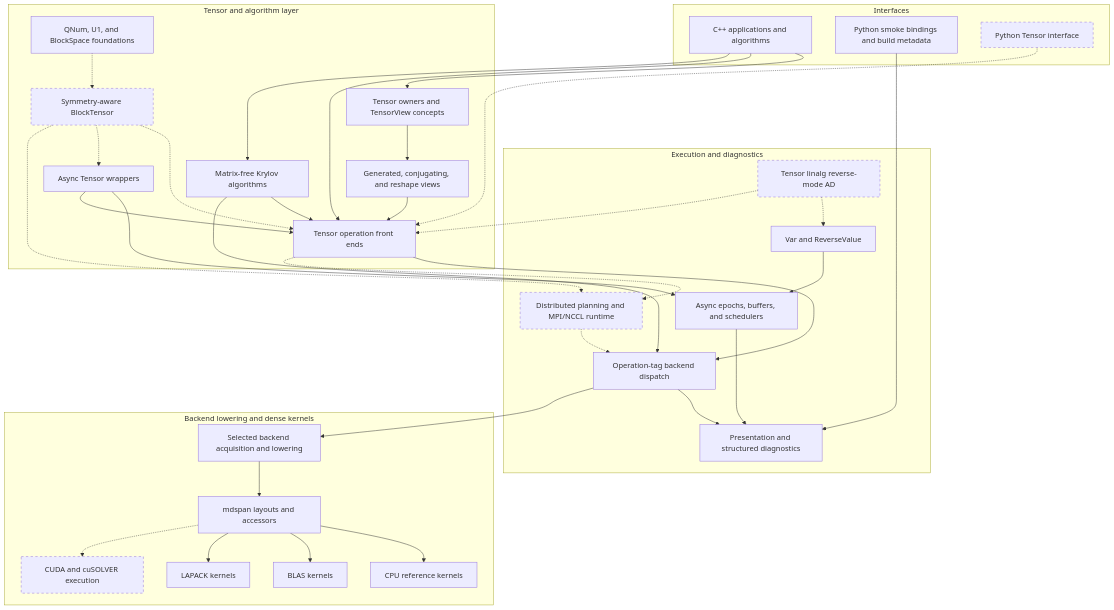
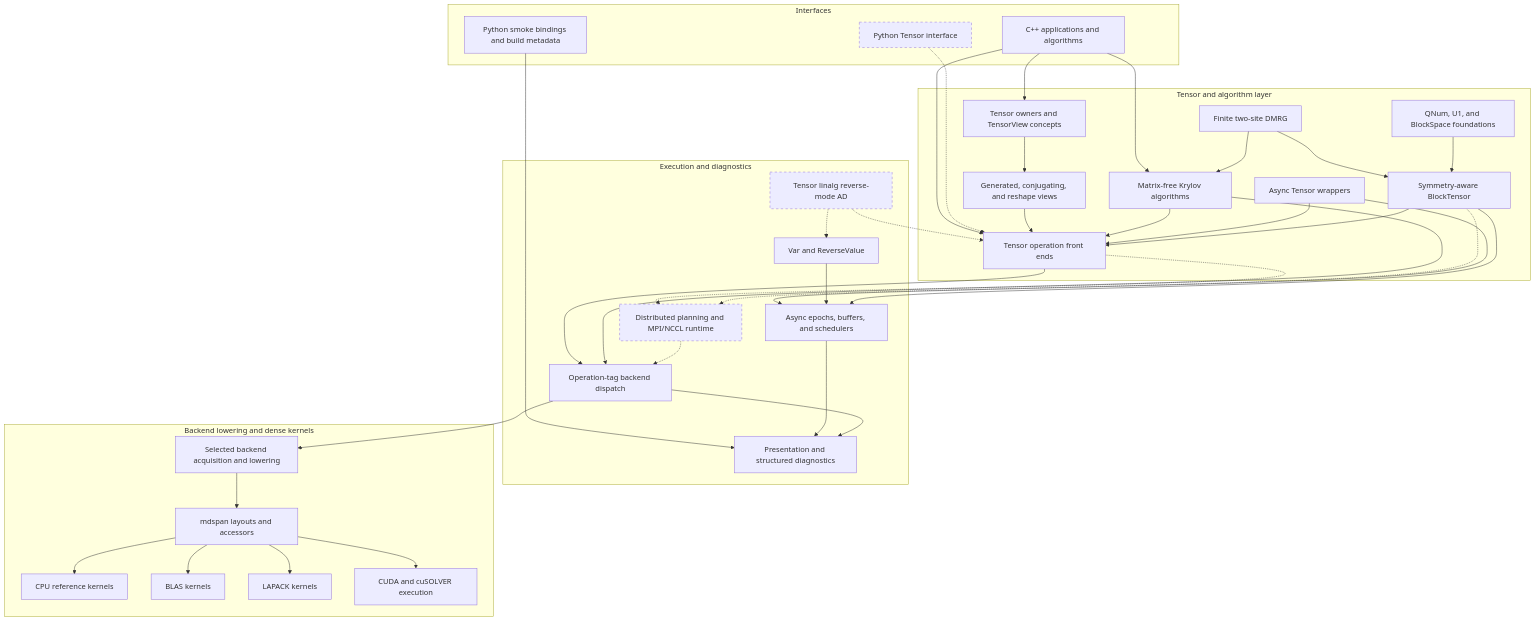
Before and after one commit to ianmccul/uni20: the diagram in docs/architecture/overview.md, drawn with Mermaid. The commit also changed other lines of this file and 5 other files, not shown here.

````diff
--- a/docs/architecture/overview.md
+++ b/docs/architecture/overview.md
@@ -9,76 +9,77 @@
 ```mermaid
 graph TD
     subgraph Interfaces
         Cpp[C++ applications and algorithms]
         PySmoke[Python smoke bindings and build metadata]
         PyTensor[Python Tensor interface]
     end
 
     subgraph TensorLayer[Tensor and algorithm layer]
         Tensor[Tensor owners and TensorView concepts]
         Views[Generated, conjugating, and reshape views]
         TensorOps[Tensor operation front ends]
         AsyncOps[Async Tensor wrappers]
         Krylov[Matrix-free Krylov algorithms]
         Symmetry[QNum, U1, and BlockSpace foundations]
         BlockTensor[Symmetry-aware BlockTensor]
+        Dmrg[Finite two-site DMRG]
     end
 
     subgraph Execution[Execution and diagnostics]
         Dispatch[Operation-tag backend dispatch]
         Async[Async epochs, buffers, and schedulers]
         AD[Var and ReverseValue]
         TensorAD[Tensor linalg reverse-mode AD]
         Distributed[Distributed planning and MPI/NCCL runtime]
         Presentation[Presentation and structured diagnostics]
     end
 
     subgraph Leaf[Backend lowering and dense kernels]
         Lower[Selected backend acquisition and lowering]
         Mdspan[mdspan layouts and accessors]
         Cpu[CPU reference kernels]
         Blas[BLAS kernels]
         Lapack[LAPACK kernels]
         Cuda[CUDA and cuSOLVER execution]
     end
 
     Cpp --> Tensor
     Cpp --> TensorOps
     Cpp --> Krylov
     PySmoke --> Presentation
     PyTensor -.-> TensorOps
 
     Tensor --> Views
     Views --> TensorOps
     TensorOps --> Dispatch
     TensorOps -.-> Distributed
     Krylov --> TensorOps
     Krylov --> Dispatch
+    Dmrg --> BlockTensor
+    Dmrg --> Krylov
 
     AsyncOps --> Async
     AsyncOps --> TensorOps
     Async --> Presentation
     Dispatch --> Presentation
     AD --> Async
     TensorAD -.-> AD
     TensorAD -.-> TensorOps
 
     Dispatch --> Lower
     Lower --> Mdspan
     Mdspan --> Cpu
     Mdspan --> Blas
     Mdspan --> Lapack
-    Mdspan -.-> Cuda
+    Mdspan --> Cuda
     Distributed -.-> Dispatch
 
-    Symmetry -.-> BlockTensor
-    BlockTensor -.-> TensorOps
-    BlockTensor -.-> AsyncOps
+    Symmetry --> BlockTensor
+    BlockTensor --> TensorOps
+    BlockTensor --> Async
     BlockTensor -.-> Distributed
 
     style PyTensor stroke-dasharray: 5 5
     style TensorAD stroke-dasharray: 5 5
-    style BlockTensor stroke-dasharray: 5 5
-    style Cuda stroke-dasharray: 5 5
     style Distributed stroke-dasharray: 5 5
 ```
````
